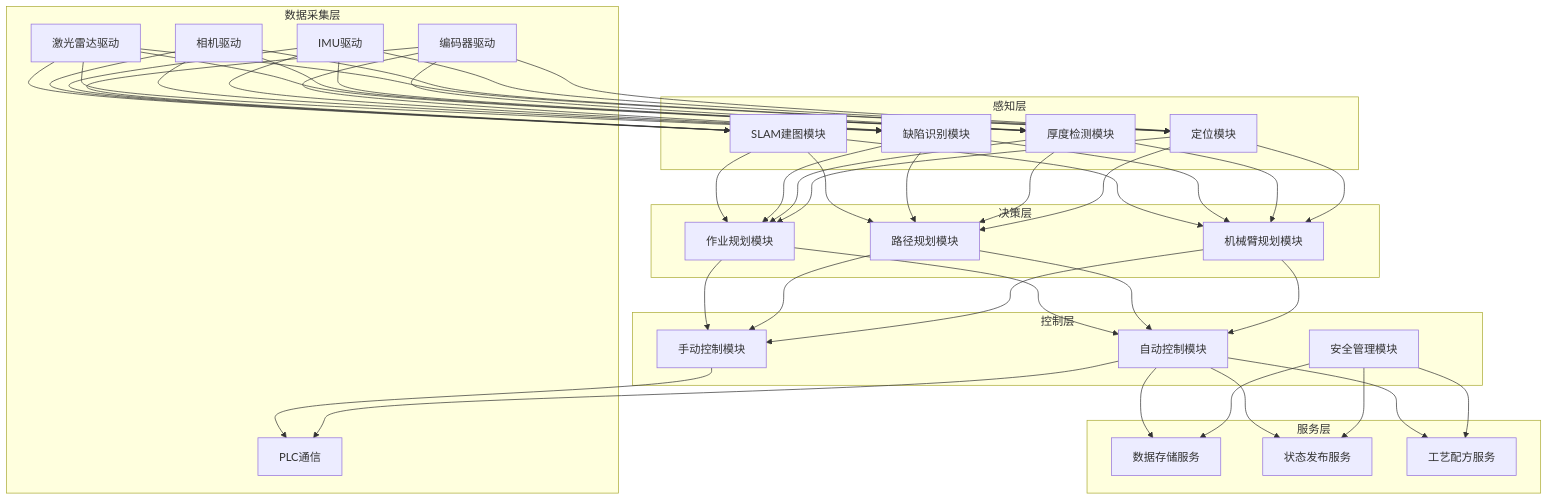
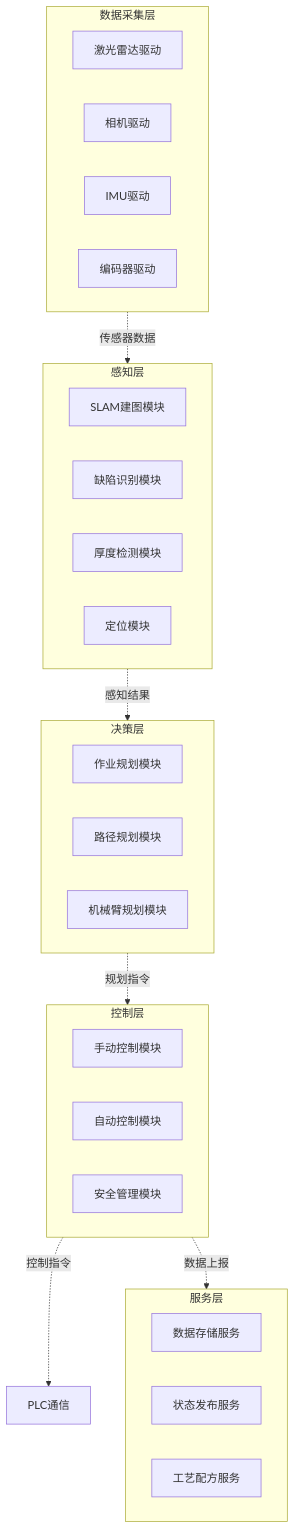
Before and after one commit to wsxq2/epoxybot: the third of 14 diagrams in docs/03_系统架构设计.md, drawn with Mermaid. The commit also changed other lines of this file, not shown here.

Commit message:
refactor architecture documentation to enhance clarity and detail on system components and communication protocols

````diff
--- a/docs/03_系统架构设计.md
+++ b/docs/03_系统架构设计.md
@@ -104,41 +104,42 @@
 ```mermaid
 graph TB
-    subgraph "数据采集层"
+    subgraph DATA["数据采集层"]
         D1[激光雷达驱动]
         D2[相机驱动]
         D3[IMU驱动]
         D4[编码器驱动]
-        D5[PLC通信]
     end
     
-    subgraph "感知层"
+    subgraph PERCEPT["感知层"]
         P1[SLAM建图模块]
         P2[缺陷识别模块]
         P3[厚度检测模块]
         P4[定位模块]
     end
     
-    subgraph "决策层"
+    subgraph DECISION["决策层"]
         DC1[作业规划模块]
         DC2[路径规划模块]
         DC3[机械臂规划模块]
     end
     
-    subgraph "控制层"
+    subgraph CONTROL["控制层"]
         C1[手动控制模块]
         C2[自动控制模块]
         C3[安全管理模块]
     end
     
-    subgraph "服务层"
+    subgraph SERVICE["服务层"]
         S1[数据存储服务]
         S2[状态发布服务]
         S3[工艺配方服务]
     end
     
-    D1 & D2 & D3 & D4 --> P1 & P2 & P3 & P4
-    P1 & P2 & P3 & P4 --> DC1 & DC2 & DC3
-    DC1 & DC2 & DC3 --> C1 & C2
-    C1 & C2 --> D5
-    C2 & C3 --> S1 & S2 & S3
+    PLC[PLC通信]
+    
+    DATA -.传感器数据.-> PERCEPT
+    PERCEPT -.感知结果.-> DECISION
+    DECISION -.规划指令.-> CONTROL
+    CONTROL -.控制指令.-> PLC
+    CONTROL -.数据上报.-> SERVICE
 ```
````
